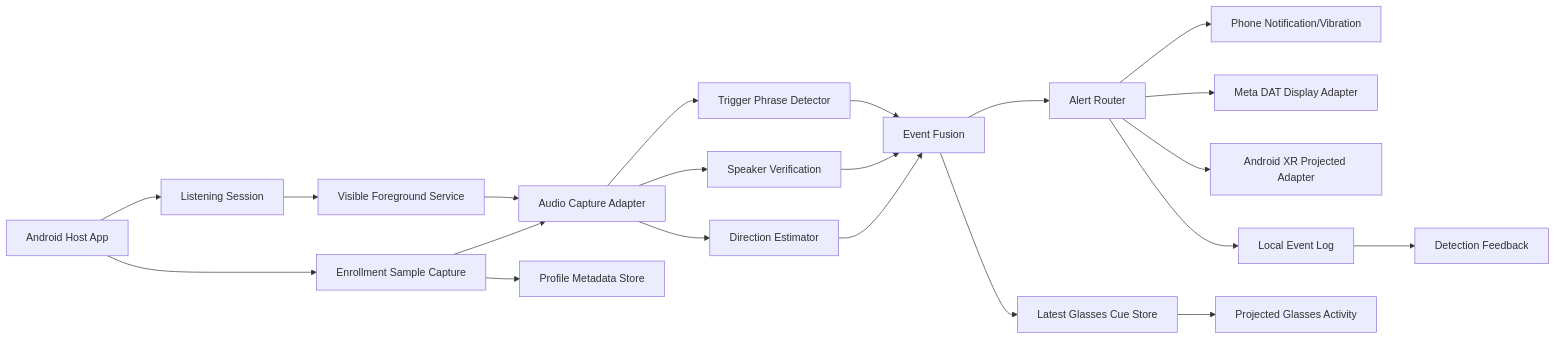
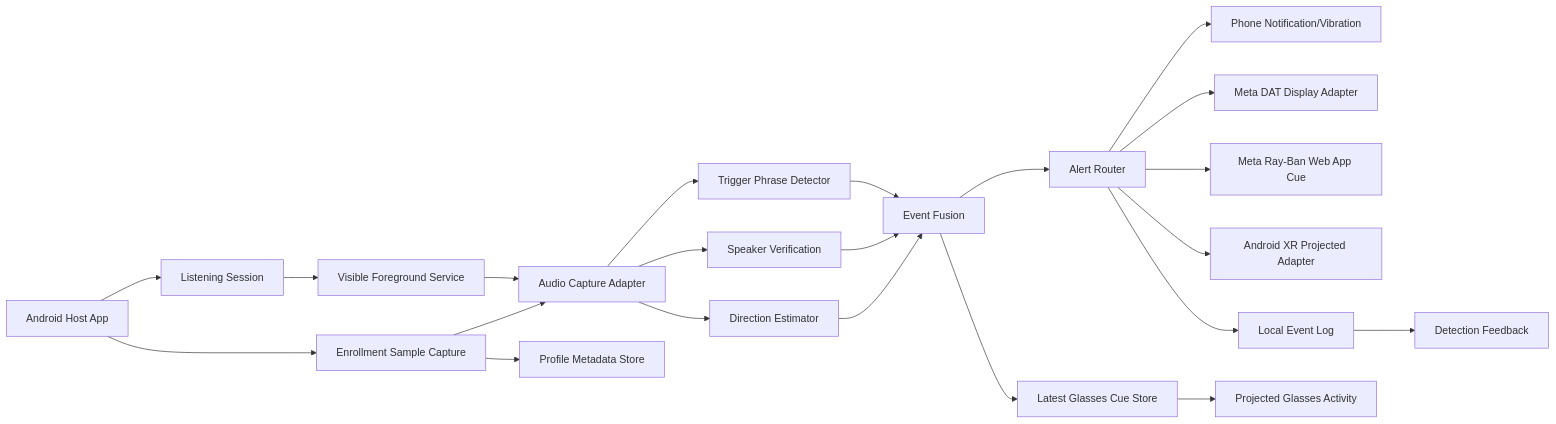
Before and after one commit to sonnypyo/AR_Glass: the diagram in docs/03-technical-architecture.md, drawn with Mermaid. The commit also changed other lines of this file and 11 other files, not shown here.

Commit message:
Add Ray-Ban Display web app lane

````diff
--- a/docs/03-technical-architecture.md
+++ b/docs/03-technical-architecture.md
@@ -13,23 +13,24 @@
 ```mermaid
 flowchart LR
   Phone["Android Host App"] --> Session["Listening Session"]
   Session --> Foreground["Visible Foreground Service"]
   Foreground --> Audio["Audio Capture Adapter"]
   Phone --> Enrollment["Enrollment Sample Capture"]
   Enrollment --> Audio
   Enrollment --> ProfileStore["Profile Metadata Store"]
   Audio --> Phrase["Trigger Phrase Detector"]
   Audio --> Speaker["Speaker Verification"]
   Audio --> Direction["Direction Estimator"]
   Phrase --> Fusion["Event Fusion"]
   Speaker --> Fusion
   Direction --> Fusion
   Fusion --> Alert["Alert Router"]
   Alert --> PhoneOut["Phone Notification/Vibration"]
   Alert --> MetaOut["Meta DAT Display Adapter"]
+  Alert --> WebOut["Meta Ray-Ban Web App Cue"]
   Alert --> XrOut["Android XR Projected Adapter"]
   Fusion --> CueStore["Latest Glasses Cue Store"]
   CueStore --> Projected["Projected Glasses Activity"]
   Alert --> Log["Local Event Log"]
   Log --> Feedback["Detection Feedback"]
 ```
````
